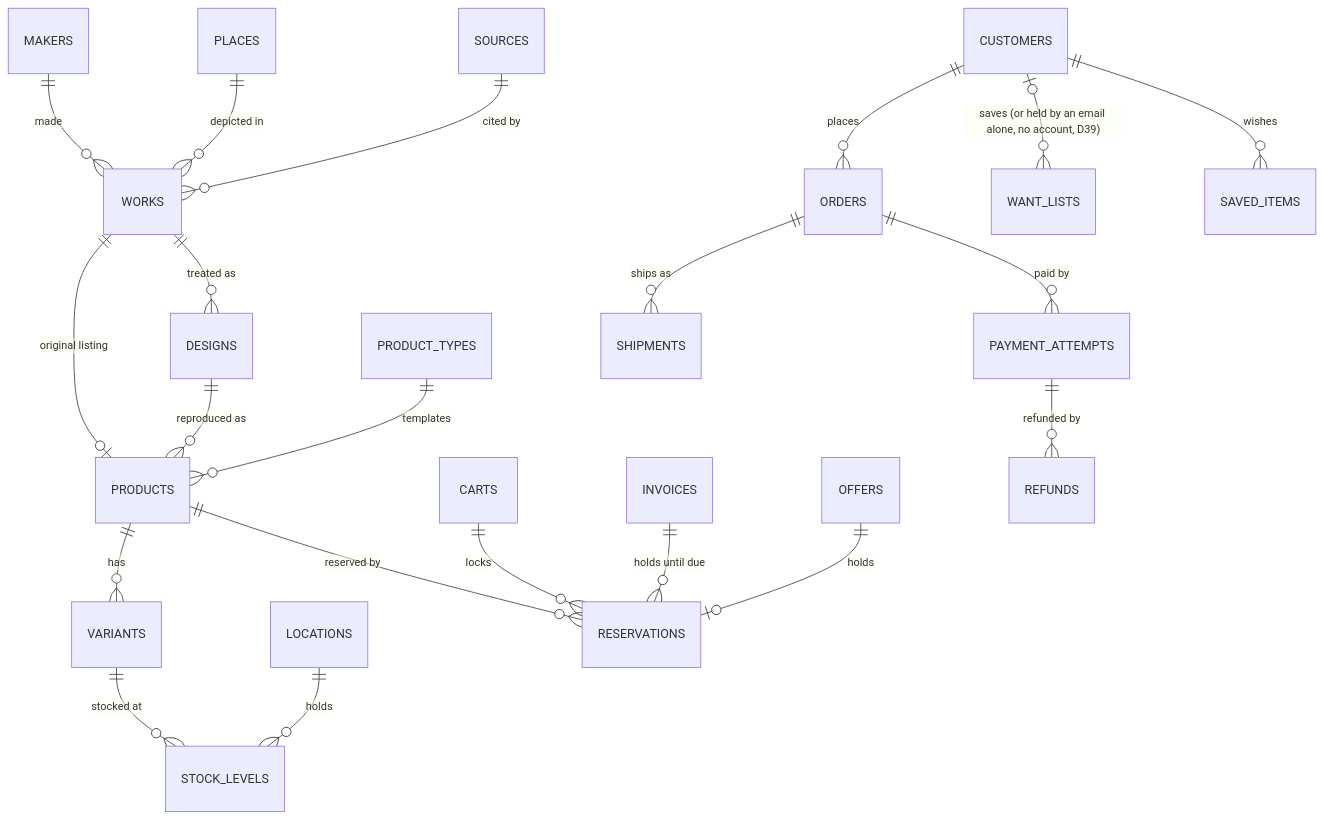
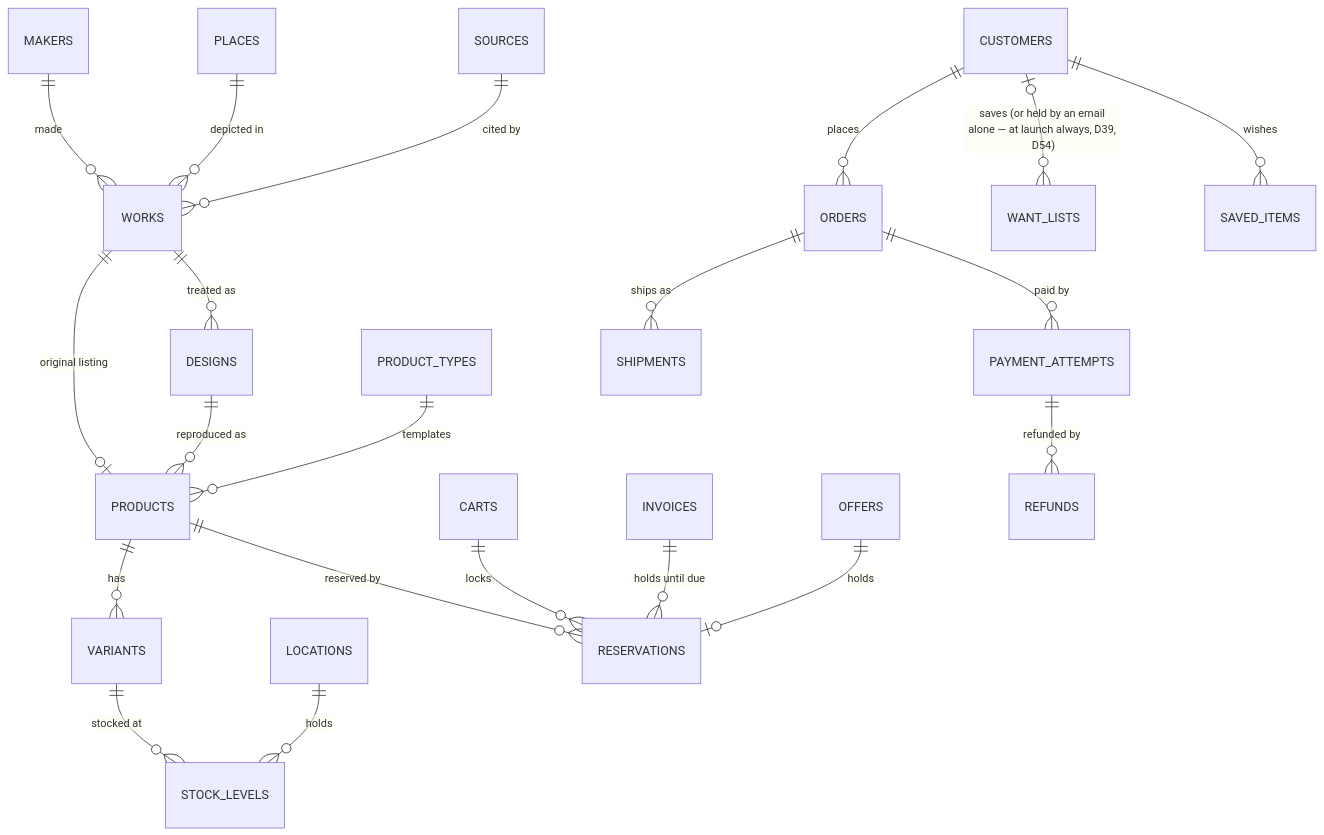
The third of 7 diagrams in .claude/specs/indies-platform/design.md (gaiadabali/antique-map), drawn with Mermaid before and after one commit. The commit also changed other lines of this file and 22 other files, not shown here.

````diff
--- a/.claude/specs/indies-platform/design.md
+++ b/.claude/specs/indies-platform/design.md
@@ -343,23 +350,23 @@
 ```mermaid
 erDiagram
     MAKERS ||--o{ WORKS : "made"
     PLACES ||--o{ WORKS : "depicted in"
     SOURCES ||--o{ WORKS : "cited by"
     WORKS ||--o| PRODUCTS : "original listing"
     WORKS ||--o{ DESIGNS : "treated as"
     DESIGNS ||--o{ PRODUCTS : "reproduced as"
     PRODUCT_TYPES ||--o{ PRODUCTS : "templates"
     PRODUCTS ||--o{ VARIANTS : "has"
     VARIANTS ||--o{ STOCK_LEVELS : "stocked at"
     LOCATIONS ||--o{ STOCK_LEVELS : "holds"
     PRODUCTS ||--o{ RESERVATIONS : "reserved by"
     CARTS ||--o{ RESERVATIONS : "locks"
     INVOICES ||--o{ RESERVATIONS : "holds until due"
     OFFERS ||--o| RESERVATIONS : "holds"
     CUSTOMERS ||--o{ ORDERS : "places"
     ORDERS ||--o{ PAYMENT_ATTEMPTS : "paid by"
     PAYMENT_ATTEMPTS ||--o{ REFUNDS : "refunded by"
     ORDERS ||--o{ SHIPMENTS : "ships as"
-    CUSTOMERS |o--o{ WANT_LISTS : "saves (or held by an email alone, no account, D39)"
+    CUSTOMERS |o--o{ WANT_LISTS : "saves (or held by an email alone — at launch always, D39, D54)"
     CUSTOMERS ||--o{ SAVED_ITEMS : "wishes"
 ```
````
